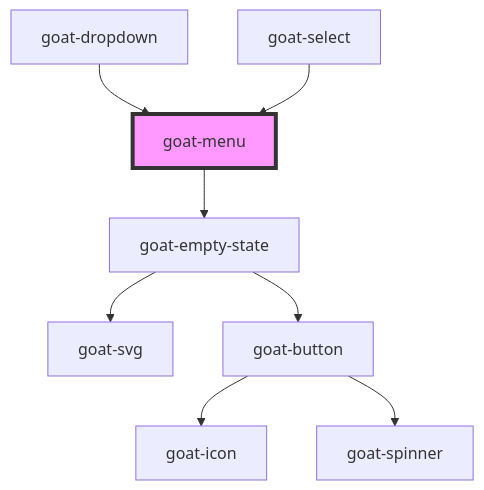
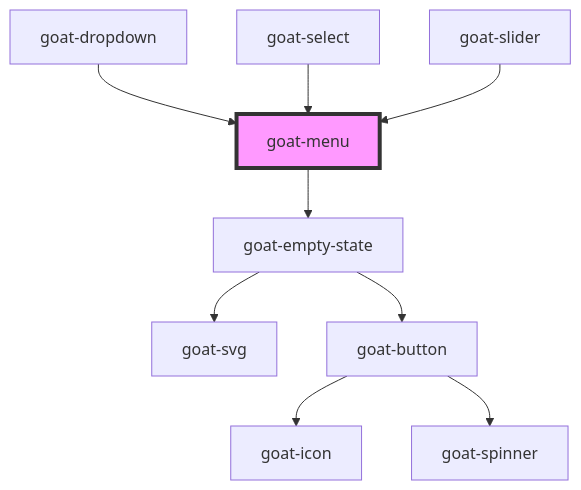
Before and after one commit to goatui/components: the diagram in src/components/general/menu/menu/readme.md, drawn with Mermaid. The commit also changed other lines of this file and 9 other files, not shown here.

````diff
--- a/src/components/general/menu/menu/readme.md
+++ b/src/components/general/menu/menu/readme.md
@@ -44,11 +45,12 @@
 ```mermaid
 graph TD;
   goat-menu --> goat-empty-state
   goat-empty-state --> goat-svg
   goat-empty-state --> goat-button
   goat-button --> goat-icon
   goat-button --> goat-spinner
   goat-dropdown --> goat-menu
   goat-select --> goat-menu
+  goat-slider --> goat-menu
   style goat-menu fill:#f9f,stroke:#333,stroke-width:4px
 ```
````
